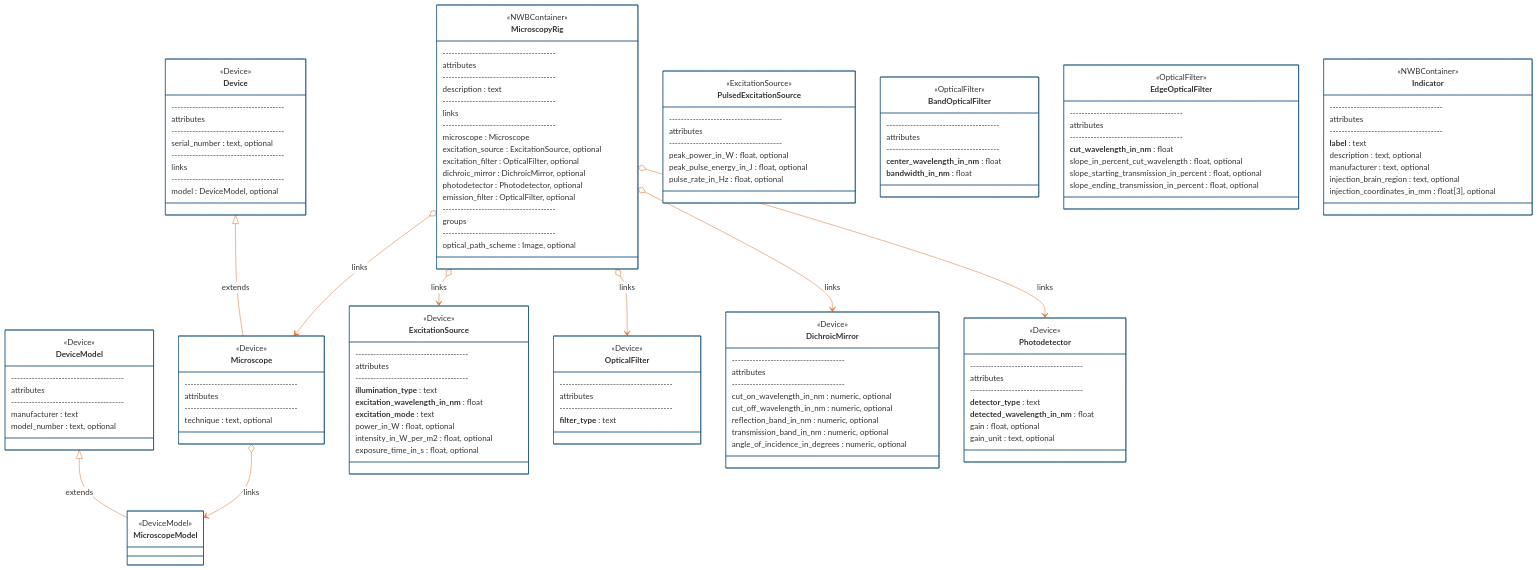
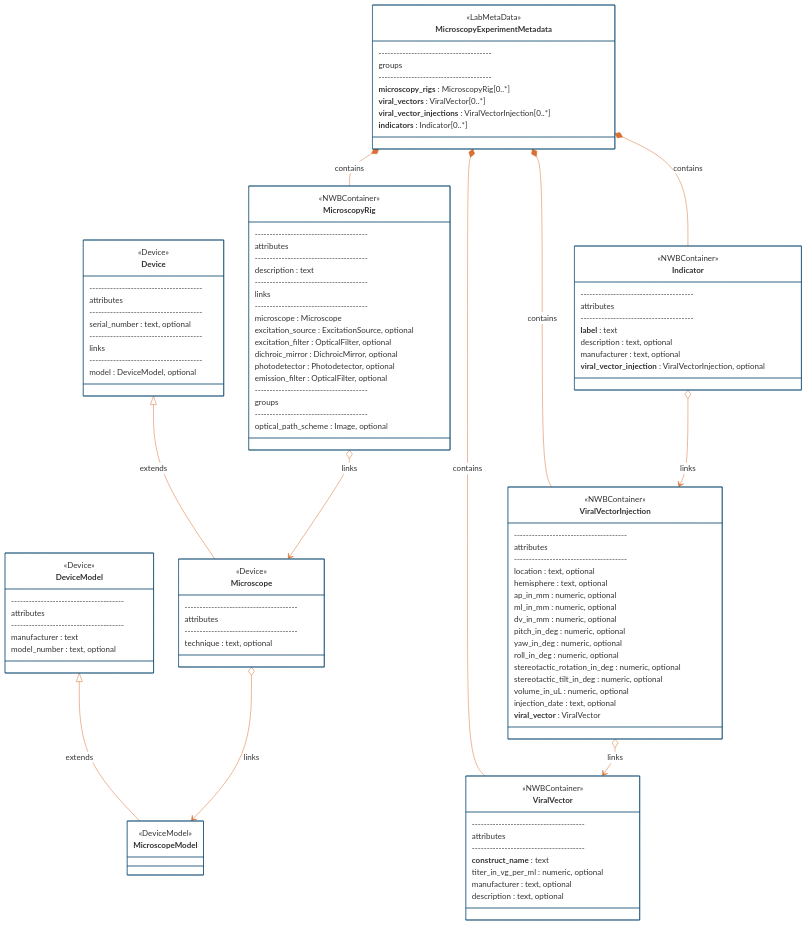
One commit to catalystneuro/ndx-microscopy changed the first of 4 diagrams in README.md. Above: the diagram before and after it, drawn with Mermaid. The commit also changed other lines of this file, not shown here.

````diff
--- a/README.md
+++ b/README.md
@@ -84,6 +84,17 @@
         technique : text, optional
     }
 
+    class MicroscopyExperimentMetadata {
+        <<LabMetaData>>
+        --------------------------------------
+        groups
+        --------------------------------------
+        **microscopy_rigs** : MicroscopyRig[0..*]
+        **viral_vectors** : ViralVector[0..*]
+        **viral_vector_injections** : ViralVectorInjection[0..*]
+        **indicators** : Indicator[0..*]
+    }
+
     class MicroscopyRig {
         <<NWBContainer>>
         --------------------------------------
@@ -105,80 +116,35 @@
         optical_path_scheme : Image, optional
     }
 
-    class ExcitationSource {
-        <<Device>>
+    class ViralVector {
+        <<NWBContainer>>
         --------------------------------------
         attributes
         --------------------------------------
-        **illumination_type** : text
-        **excitation_wavelength_in_nm** : float
-        **excitation_mode** : text
-        power_in_W : float, optional
-        intensity_in_W_per_m2 : float, optional
-        exposure_time_in_s : float, optional
+        **construct_name** : text
+        titer_in_vg_per_ml : numeric, optional
+        manufacturer : text, optional
+        description : text, optional
     }
-
-    class PulsedExcitationSource {
-        <<ExcitationSource>>
+    class ViralVectorInjection {
+        <<NWBContainer>>
         --------------------------------------
         attributes
         --------------------------------------
-        peak_power_in_W : float, optional
-        peak_pulse_energy_in_J : float, optional
-        pulse_rate_in_Hz : float, optional
-    }
-
-    class OpticalFilter {
-        <<Device>>
-        --------------------------------------
-        attributes
-        --------------------------------------
-        **filter_type** : text
-    }
-
-    class BandOpticalFilter {
-        <<OpticalFilter>>
-        --------------------------------------
-        attributes
-        --------------------------------------
-        **center_wavelength_in_nm** : float
-        **bandwidth_in_nm** : float
-    }
-
-    class EdgeOpticalFilter {
-        <<OpticalFilter>>
-        --------------------------------------
-        attributes
-        --------------------------------------
-        **cut_wavelength_in_nm** : float
-        slope_in_percent_cut_wavelength : float, optional
-        slope_starting_transmission_in_percent : float, optional
-        slope_ending_transmission_in_percent : float, optional
-    }
-
-    class DichroicMirror {
-        <<Device>>
-        --------------------------------------
-        attributes
-        --------------------------------------
-        cut_on_wavelength_in_nm : numeric, optional
-        cut_off_wavelength_in_nm : numeric, optional
-        reflection_band_in_nm : numeric, optional
-        transmission_band_in_nm : numeric, optional
-        angle_of_incidence_in_degrees : numeric, optional
-    }
-    
-    class Photodetector {
-        <<Device>>
-        --------------------------------------
-        attributes
-        --------------------------------------
-        **detector_type** : text
-        **detected_wavelength_in_nm** : float
-        gain : float, optional
-        gain_unit : text, optional
-    }
-
+        location : text, optional
+        hemisphere : text, optional
+        ap_in_mm : numeric, optional
+        ml_in_mm : numeric, optional
+        dv_in_mm : numeric, optional
+        pitch_in_deg : numeric, optional
+        yaw_in_deg : numeric, optional
+        roll_in_deg : numeric, optional
+        stereotactic_rotation_in_deg : numeric, optional
+        stereotactic_tilt_in_deg : numeric, optional
+        volume_in_uL : numeric, optional
+        injection_date : text, optional
+        **viral_vector** : ViralVector
+        }
     class Indicator {
         <<NWBContainer>>
         --------------------------------------
@@ -187,17 +153,18 @@
         **label** : text
         description : text, optional
         manufacturer : text, optional
-        injection_brain_region : text, optional
-        injection_coordinates_in_mm : float[3], optional
+        **viral_vector_injection** : ViralVectorInjection, optional
     }
+
 
     DeviceModel <|-- MicroscopeModel : extends
     Device <|-- Microscope : extends
-
     Microscope o--> MicroscopeModel : links
     MicroscopyRig o--> Microscope : links
-    MicroscopyRig o--> ExcitationSource : links
-    MicroscopyRig o--> OpticalFilter : links
-    MicroscopyRig o--> DichroicMirror : links
-    MicroscopyRig o--> Photodetector : links
+    MicroscopyExperimentMetadata *-- MicroscopyRig : contains
+    MicroscopyExperimentMetadata *-- ViralVector : contains
+    MicroscopyExperimentMetadata *-- ViralVectorInjection : contains
+    MicroscopyExperimentMetadata *-- Indicator : contains
+    ViralVectorInjection o--> ViralVector : links
+    Indicator o--> ViralVectorInjection : links
 ```
````
